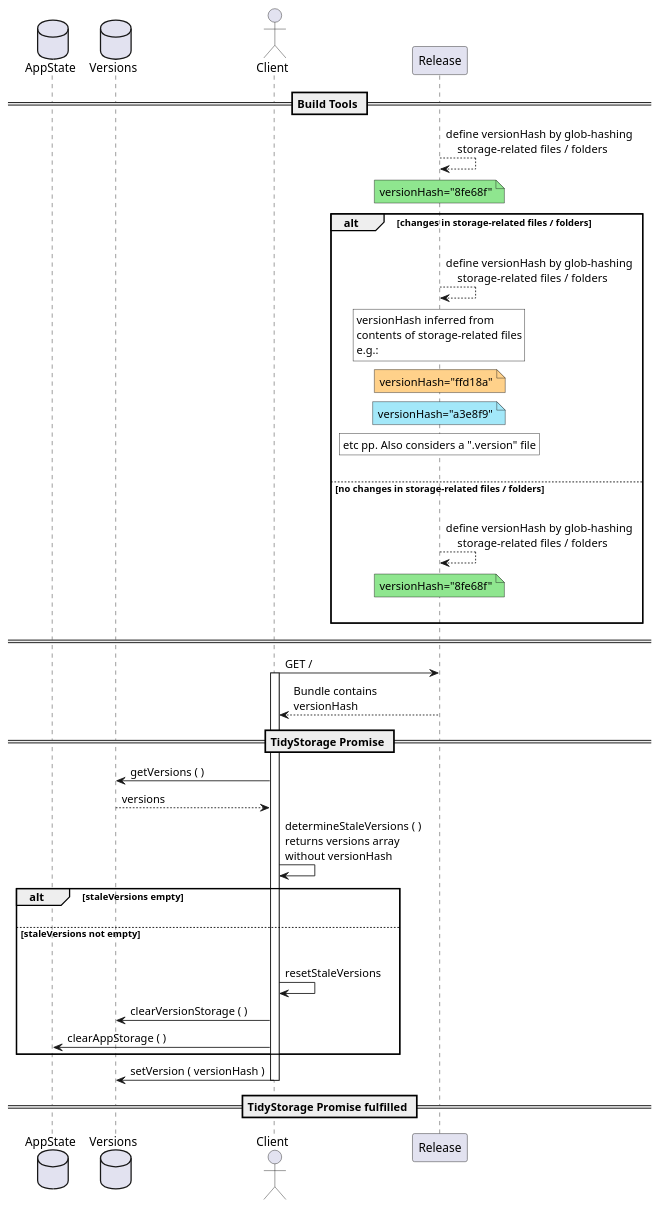
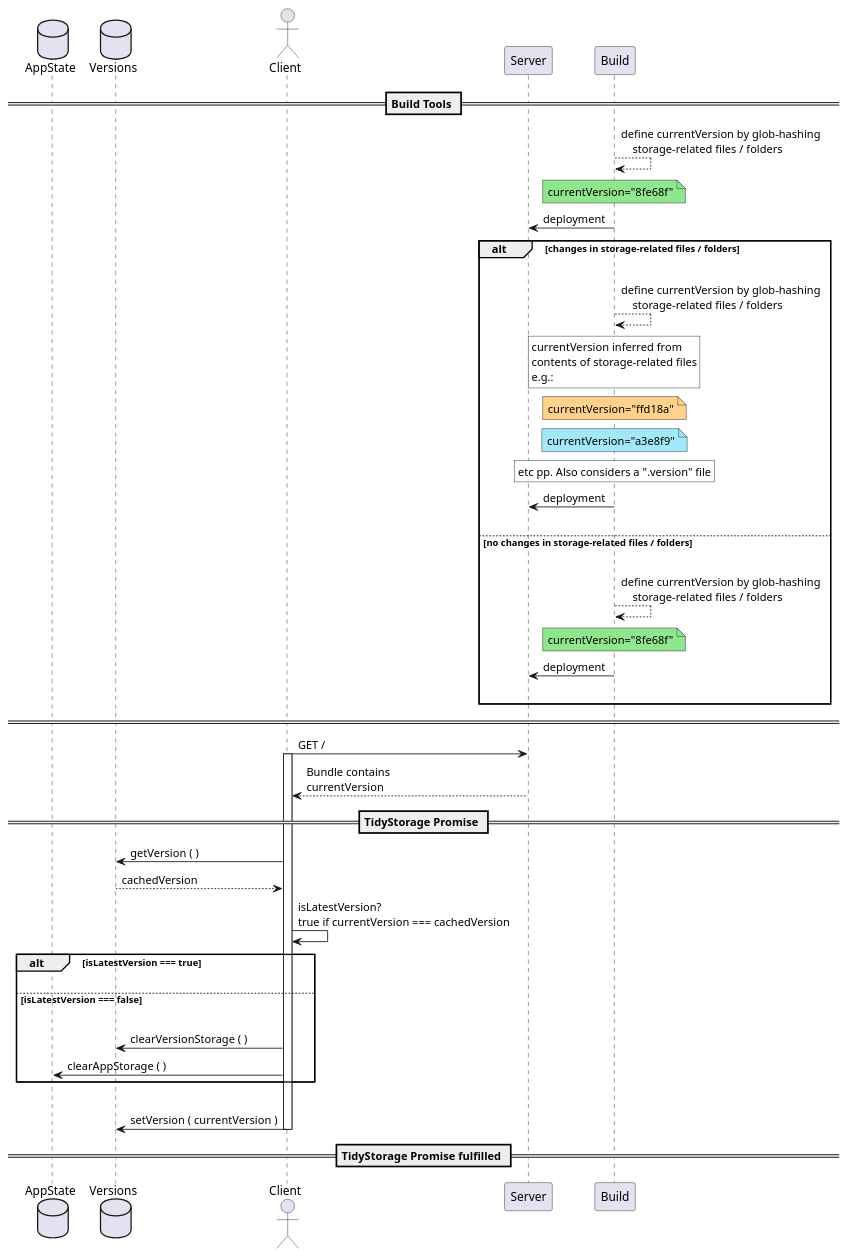
One commit to 4iAmAve/tidy-store changed the diagram in flow.puml. Above: the diagram before and after it, drawn with PlantUML. The commit also changed 1 other file, not shown here.

Commit message:
Flow update

```diff
--- a/flow.puml
+++ b/flow.puml
@@ -1,61 +1,64 @@
 @startuml
 skinparam ParticipantPadding 20
 skinparam BoxPadding 10
 database AppState
 database Versions
 actor Client
-participant Release
+participant Server
+participant Build
 
 == Build Tools ==
 
-Release --> Release: define versionHash by glob-hashing\n    storage-related files / folders
+Build --> Build: define currentVersion by glob-hashing\n    storage-related files / folders
 
-note over Release #8fe68f: versionHash="8fe68f"
+note over Build #8fe68f: currentVersion="8fe68f"
+Build -> Server: deployment
 
 alt changes in storage-related files / folders
     |||
-    Release --> Release: define versionHash by glob-hashing\n    storage-related files / folders
+    Build --> Build: define currentVersion by glob-hashing\n    storage-related files / folders
 
-    rnote over Release #fff: versionHash inferred from\ncontents of storage-related files\ne.g.:
-    note over Release #ffd18a: versionHash="ffd18a"
-    note over Release #a3e8f9: versionHash="a3e8f9"
-    rnote over Release #fff: etc pp. Also considers a \'".version\'" file
+    rnote over Build #fff: currentVersion inferred from\ncontents of storage-related files\ne.g.:
+    note over Build #ffd18a: currentVersion="ffd18a"
+    note over Build #a3e8f9: currentVersion="a3e8f9"
+    rnote over Build #fff: etc pp. Also considers a \'".version\'" file
+    Build -> Server: deployment
 |||
 else no changes in storage-related files / folders
 |||
-    Release --> Release: define versionHash by glob-hashing\n    storage-related files / folders
-    note over Release #8fe68f: versionHash="8fe68f"
+    Build --> Build: define currentVersion by glob-hashing\n    storage-related files / folders
+    note over Build #8fe68f: currentVersion="8fe68f"
+    Build -> Server: deployment
 |||
 end
 
 ==  ==
 
-Client -> Release: GET /
+Client -> Server: GET /
 
 activate Client
 
-Release --> Client: Bundle contains\nversionHash
+Server --> Client: Bundle contains\ncurrentVersion
 
 == TidyStorage Promise ==
 
-Client -> Versions: getVersions ( )
-Versions --> Client: versions
+Client -> Versions: getVersion ( )
+Versions --> Client: cachedVersion
 
-Client -> Client: determineStaleVersions ( )\nreturns versions array\nwithout versionHash
+Client -> Client: isLatestVersion?\ntrue if currentVersion === cachedVersion
 
-alt staleVersions empty
+alt isLatestVersion === true
 |||
-else staleVersions not empty
+else isLatestVersion === false
 |||
-   Client -> Client: resetStaleVersions
    Client -> Versions: clearVersionStorage ( )
    Client -> AppState: clearAppStorage ( )
 end
-
-Client -> Versions: setVersion ( versionHash )
+|||
+Client -> Versions: setVersion ( currentVersion )
 
 deactivate Client
 
 == TidyStorage Promise fulfilled ==
 
 @enduml
```
